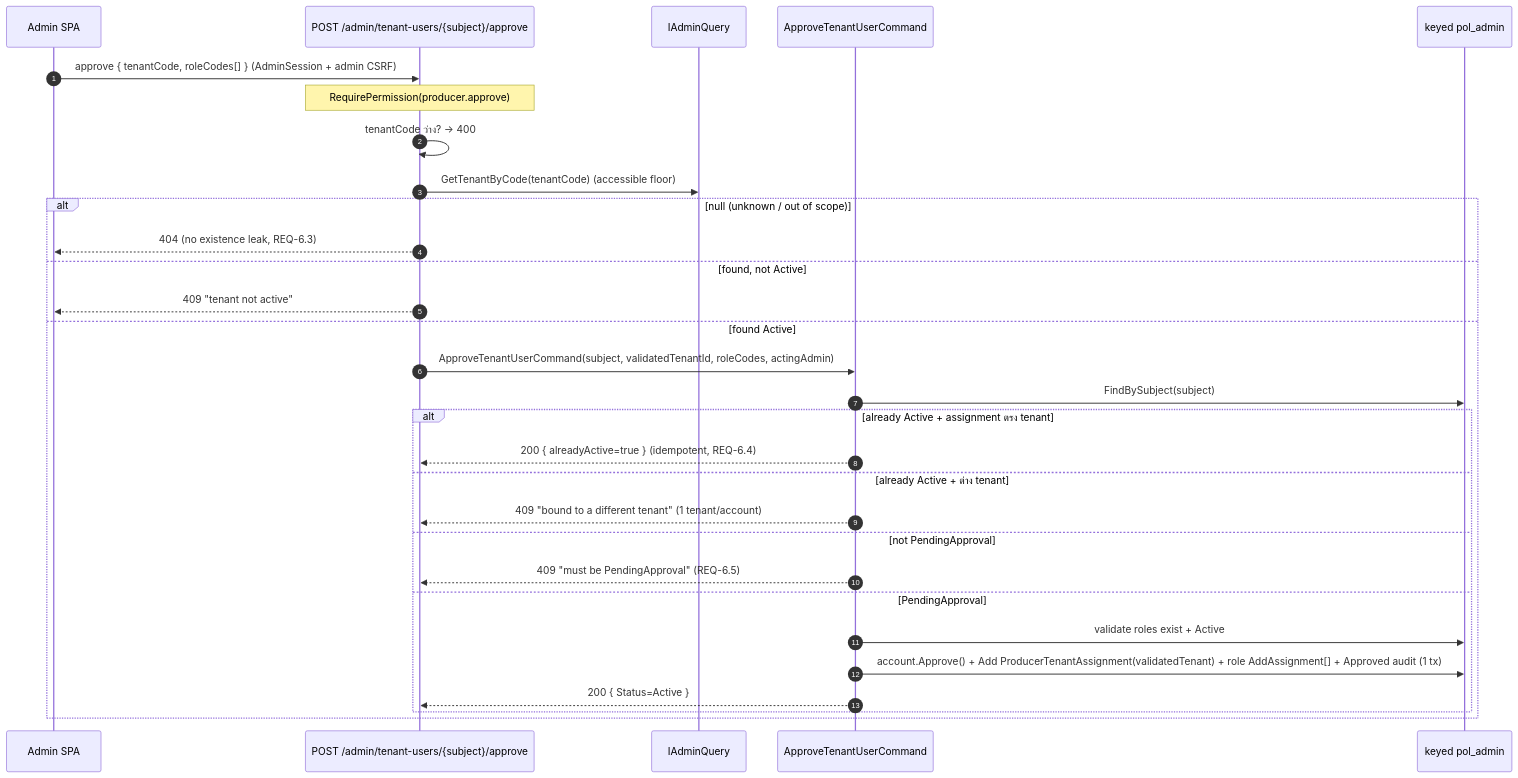
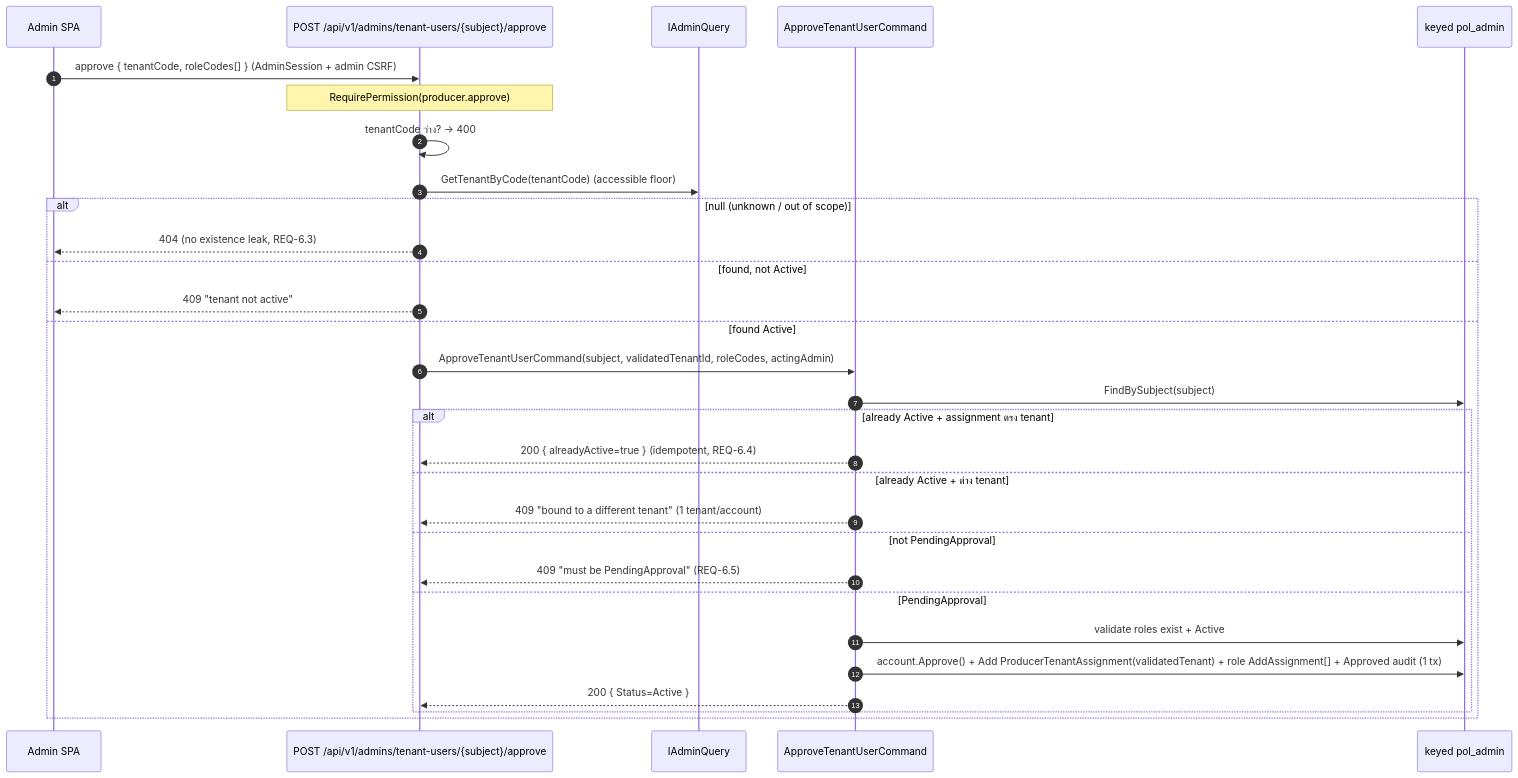
Before and after one commit to metrodiesign/pol-core: the fifth of 7 diagrams in docs/reference/producer-module.md, drawn with Mermaid. The commit also changed other lines of this file and 4 other files, not shown here.

````diff
--- a/docs/reference/producer-module.md
+++ b/docs/reference/producer-module.md
@@ -380,33 +380,33 @@
 ```mermaid
 sequenceDiagram
     autonumber
     participant A as Admin SPA
-    participant EP as POST /admin/tenant-users/{subject}/approve
+    participant EP as POST /api/v1/admins/tenant-users/{subject}/approve
     participant AQ as IAdminQuery
     participant AC as ApproveTenantUserCommand
     participant DB as keyed pol_admin
 
     A->>EP: approve { tenantCode, roleCodes[] }  (AdminSession + admin CSRF)
     Note over EP: RequirePermission(producer.approve)
     EP->>EP: tenantCode ว่าง? -> 400
     EP->>AQ: GetTenantByCode(tenantCode)  (accessible floor)
     alt null (unknown / out of scope)
         EP-->>A: 404 (no existence leak, REQ-6.3)
     else found, not Active
         EP-->>A: 409 "tenant not active"
     else found Active
         EP->>AC: ApproveTenantUserCommand(subject, validatedTenantId, roleCodes, actingAdmin)
         AC->>DB: FindBySubject(subject)
         alt already Active + assignment ตรง tenant
             AC-->>EP: 200 { alreadyActive=true }  (idempotent, REQ-6.4)
         else already Active + ต่าง tenant
             AC-->>EP: 409 "bound to a different tenant"  (1 tenant/account)
         else not PendingApproval
             AC-->>EP: 409 "must be PendingApproval"  (REQ-6.5)
         else PendingApproval
             AC->>DB: validate roles exist + Active
             AC->>DB: account.Approve() + Add ProducerTenantAssignment(validatedTenant) + role AddAssignment[] + Approved audit  (1 tx)
             AC-->>EP: 200 { Status=Active }
         end
     end
 ```
````
